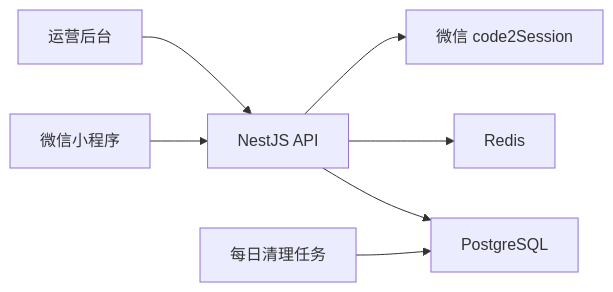
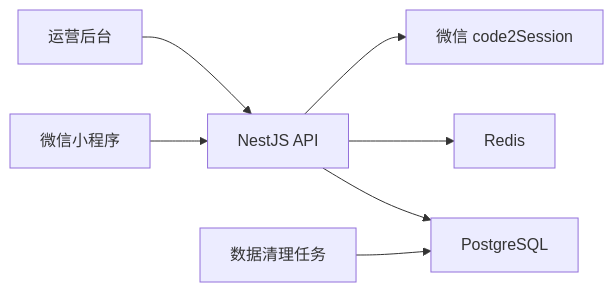
One commit to Xzm2780/JIJU changed the diagram in README.md. Above: the diagram before and after it, drawn with Mermaid. The commit also changed other lines of this file and 1 other file, not shown here.

````diff
--- a/README.md
+++ b/README.md
@@ -44,9 +55,9 @@
 ```mermaid
 flowchart LR
     MP["微信小程序"] --> API["NestJS API"]
     ADMIN["运营后台"] --> API
     API --> PG["PostgreSQL"]
     API --> REDIS["Redis"]
     API --> WX["微信 code2Session"]
-    JOB["每日清理任务"] --> PG
+    JOB["数据清理任务"] --> PG
 ```
````
